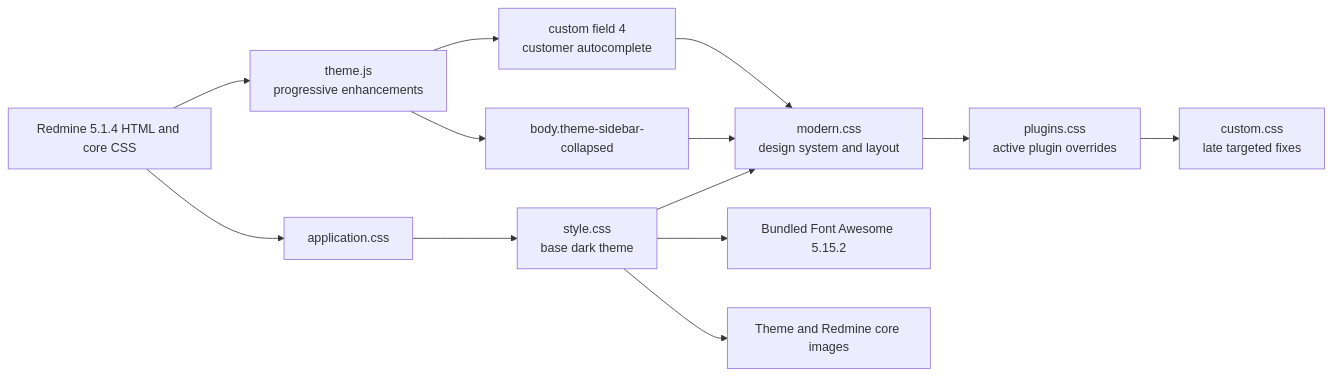
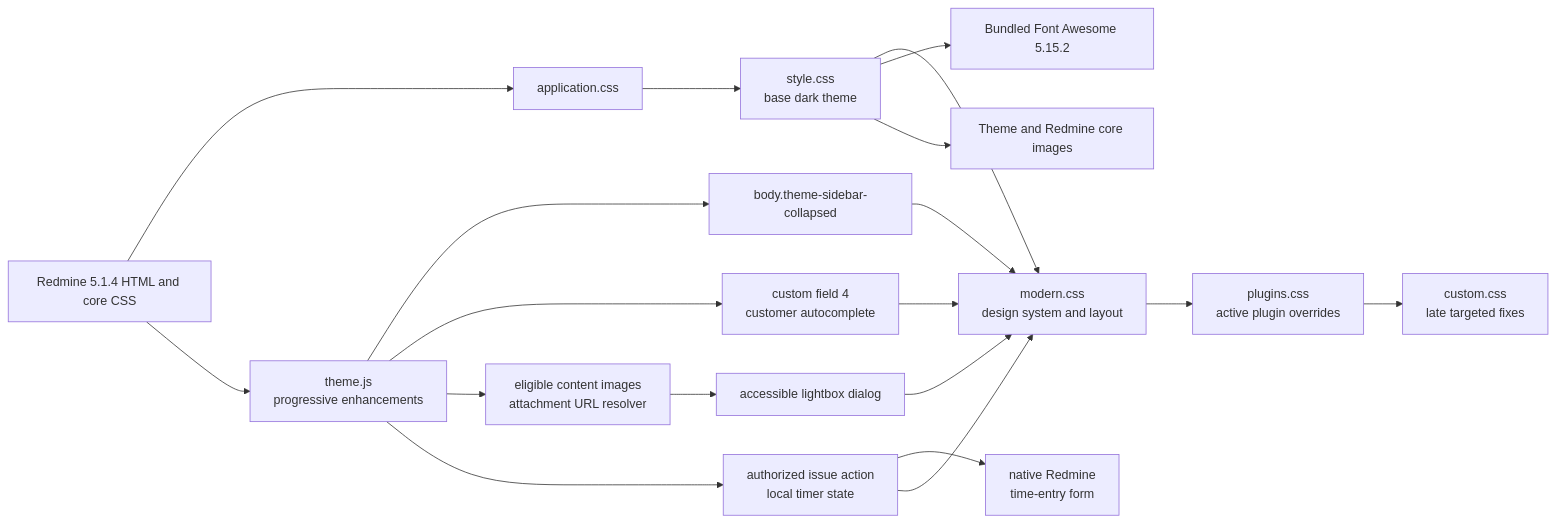
One commit to jeffersonmello/bs-redmine-theme-dark changed the diagram in docs/ARCHITECTURE.md. Above: the diagram before and after it, drawn with Mermaid. The commit also changed other lines of this file and 22 other files, not shown here.

````diff
--- a/docs/ARCHITECTURE.md
+++ b/docs/ARCHITECTURE.md
@@ -12,15 +12,21 @@
 ```mermaid
 flowchart LR
     R[Redmine 5.1.4 HTML and core CSS] --> A[application.css]
     A --> S[style.css<br/>base dark theme]
     S --> M[modern.css<br/>design system and layout]
     M --> P[plugins.css<br/>active plugin overrides]
     P --> C[custom.css<br/>late targeted fixes]
     S --> F[Bundled Font Awesome 5.15.2]
     S --> I[Theme and Redmine core images]
     R --> J[theme.js<br/>progressive enhancements]
     J --> B[body.theme-sidebar-collapsed]
     B --> M
     J --> U[custom field 4<br/>customer autocomplete]
     U --> M
+    J --> L[eligible content images<br/>attachment URL resolver]
+    L --> D[accessible lightbox dialog]
+    D --> M
+    J --> T[authorized issue action<br/>local timer state]
+    T --> N[native Redmine<br/>time-entry form]
+    T --> M
 ```
````
